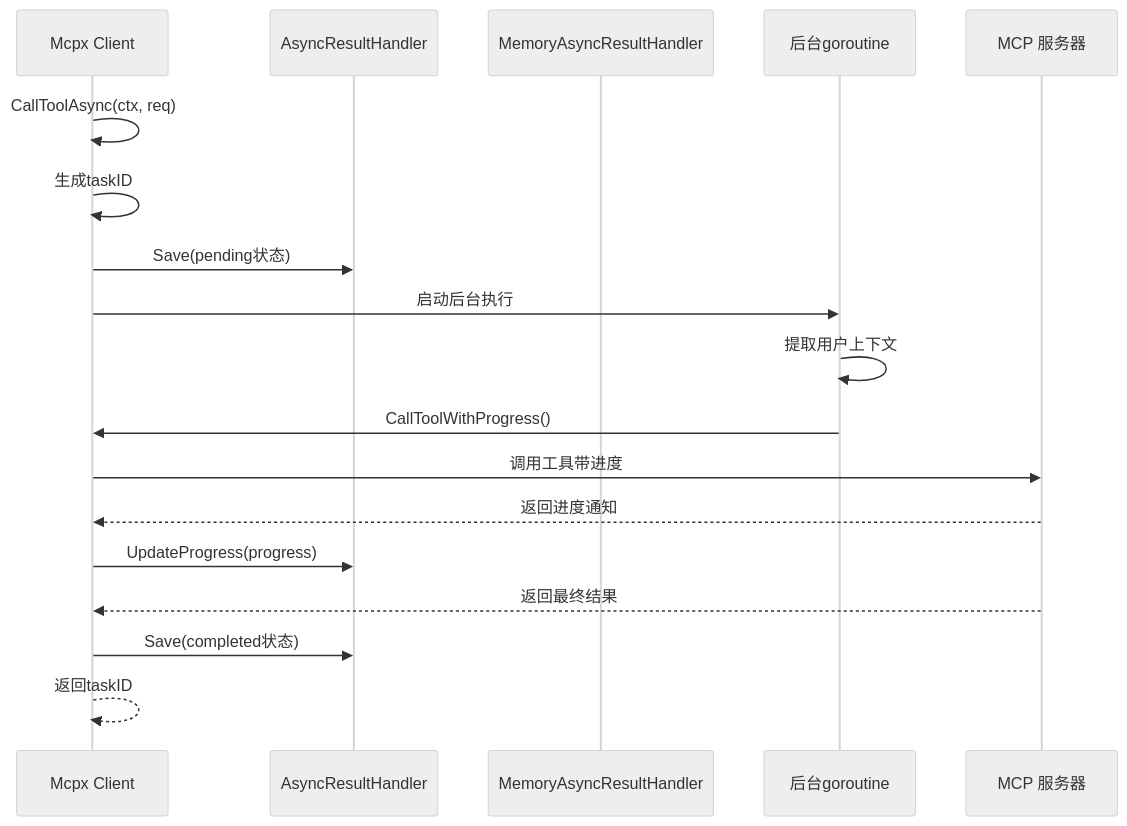
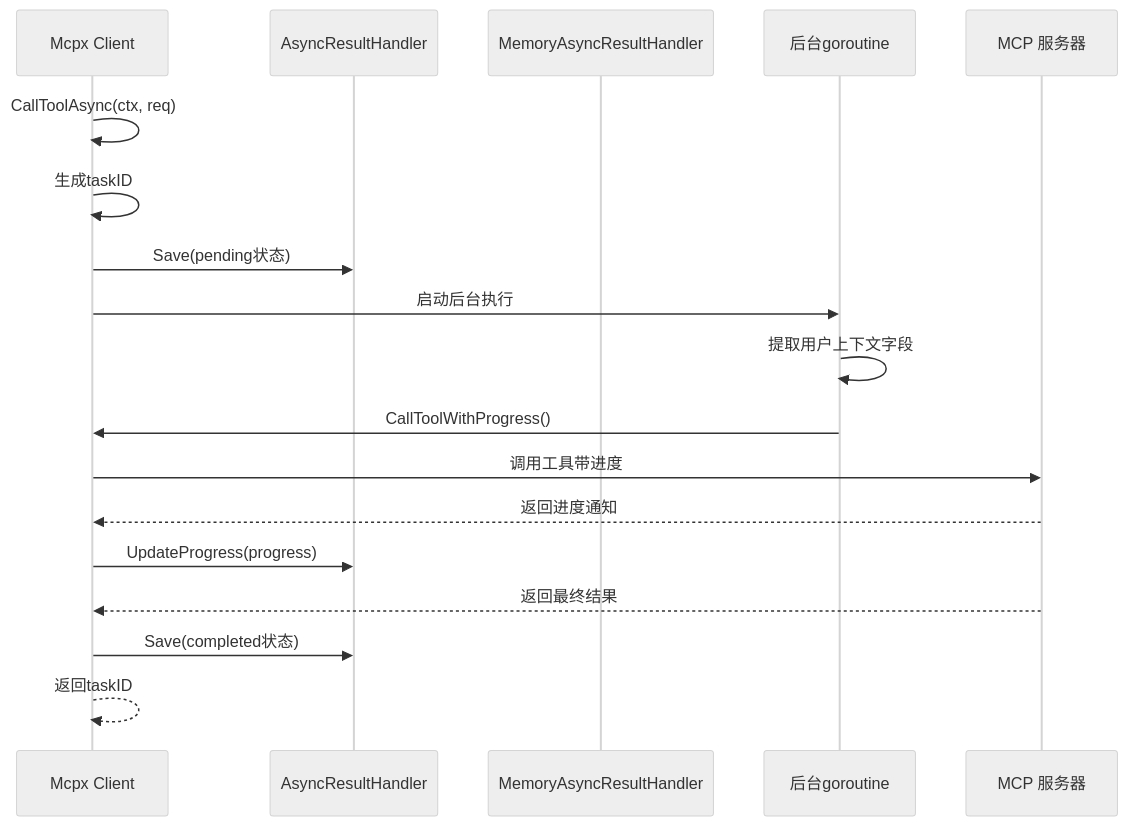
The ninth of 19 diagrams in .qoder/repowiki/zh/content/Mcpx Client Package.md (maomao94/zero-service), drawn with Mermaid (neutral theme) before and after one commit. The commit also changed other lines of this file and 58 other files, not shown here.

````diff
--- a/.qoder/repowiki/zh/content/Mcpx Client Package.md
+++ b/.qoder/repowiki/zh/content/Mcpx Client Package.md
@@ -495,20 +495,20 @@
 ```mermaid
 sequenceDiagram
 participant Client as Mcpx Client
 participant AsyncHandler as AsyncResultHandler
 participant MemoryHandler as MemoryAsyncResultHandler
 participant Background as 后台goroutine
 participant Server as MCP 服务器
 Client->>Client : CallToolAsync(ctx, req)
 Client->>Client : 生成taskID
 Client->>AsyncHandler : Save(pending状态)
 Client->>Background : 启动后台执行
-Background->>Background : 提取用户上下文
+Background->>Background : 提取用户上下文字段
 Background->>Client : CallToolWithProgress()
 Client->>Server : 调用工具带进度
 Server-->>Client : 返回进度通知
 Client->>AsyncHandler : UpdateProgress(progress)
 Server-->>Client : 返回最终结果
 Client->>AsyncHandler : Save(completed状态)
 Client-->>Client : 返回taskID
 ```
````
